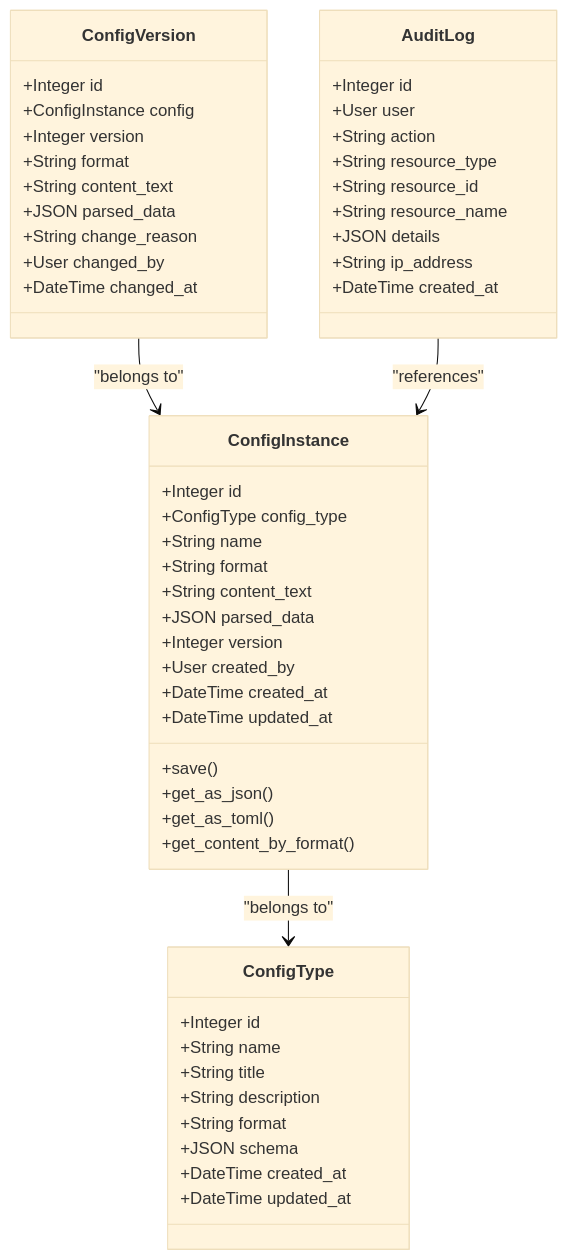
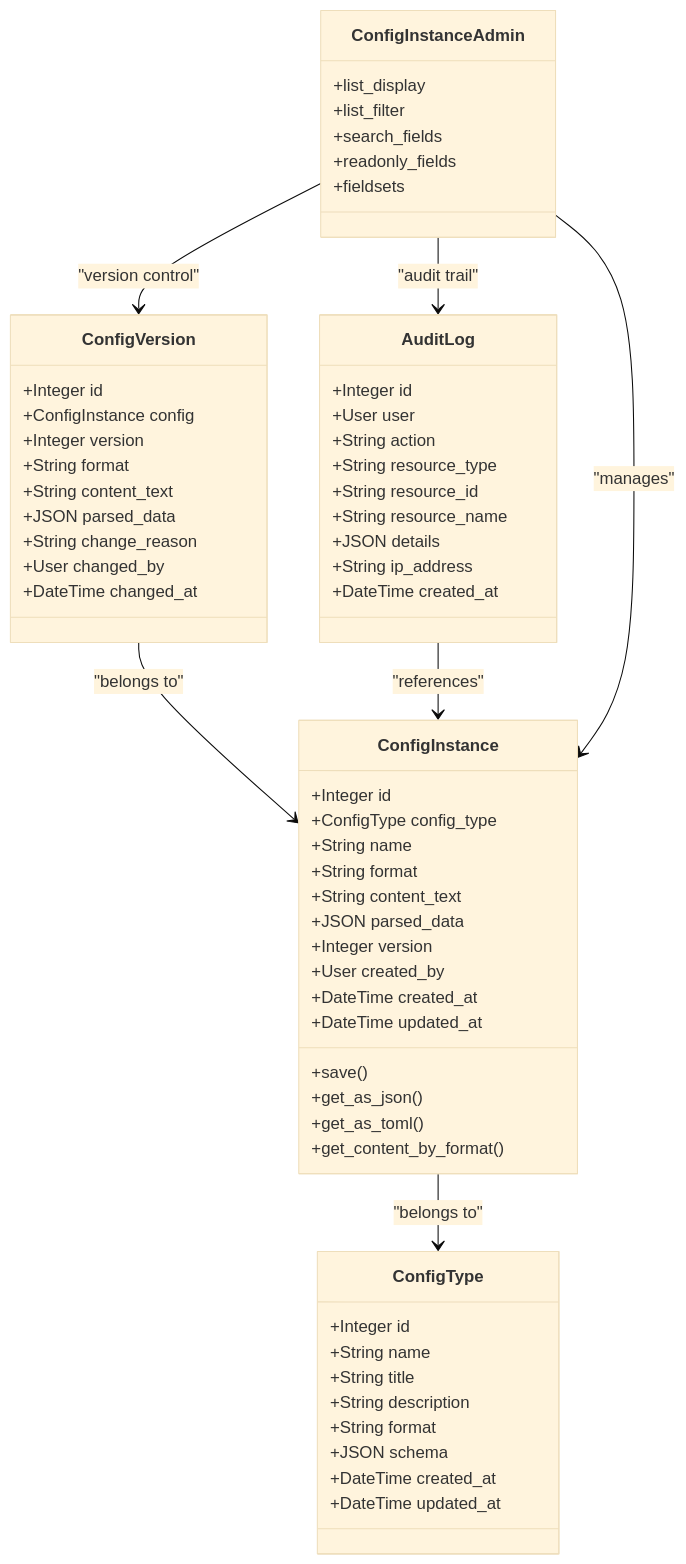
One commit to fengyong/ai-ops changed the third of 3 diagrams in .qoder/repowiki/en/content/Backend API Documentation/Configuration Instance Management API.md. Above: the diagram before and after it, drawn with Mermaid (base theme). The commit also changed other lines of this file and 7 other files, not shown here.

````diff
--- a/.qoder/repowiki/en/content/Backend API Documentation/Configuration Instance Management API.md
+++ b/.qoder/repowiki/en/content/Backend API Documentation/Configuration Instance Management API.md
@@ -293,54 +362,64 @@
 ```mermaid
 classDiagram
 class ConfigInstance {
 +Integer id
 +ConfigType config_type
 +String name
 +String format
 +String content_text
 +JSON parsed_data
 +Integer version
 +User created_by
 +DateTime created_at
 +DateTime updated_at
 +save()
 +get_as_json()
 +get_as_toml()
 +get_content_by_format()
 }
 class ConfigType {
 +Integer id
 +String name
 +String title
 +String description
 +String format
 +JSON schema
 +DateTime created_at
 +DateTime updated_at
 }
 class ConfigVersion {
 +Integer id
 +ConfigInstance config
 +Integer version
 +String format
 +String content_text
 +JSON parsed_data
 +String change_reason
 +User changed_by
 +DateTime changed_at
 }
 class AuditLog {
 +Integer id
 +User user
 +String action
 +String resource_type
 +String resource_id
 +String resource_name
 +JSON details
 +String ip_address
 +DateTime created_at
 }
+class ConfigInstanceAdmin {
++list_display
++list_filter
++search_fields
++readonly_fields
++fieldsets
+}
 ConfigInstance --> ConfigType : "belongs to"
 ConfigVersion --> ConfigInstance : "belongs to"
 AuditLog --> ConfigInstance : "references"
+ConfigInstanceAdmin --> ConfigInstance : "manages"
+ConfigInstanceAdmin --> ConfigVersion : "version control"
+ConfigInstanceAdmin --> AuditLog : "audit trail"
 ```
````
